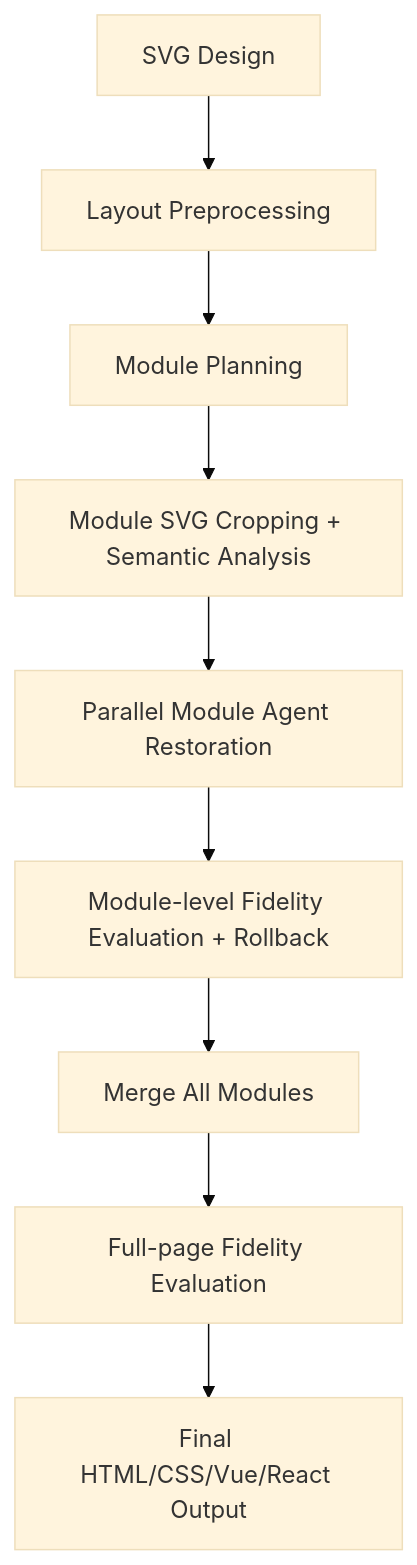
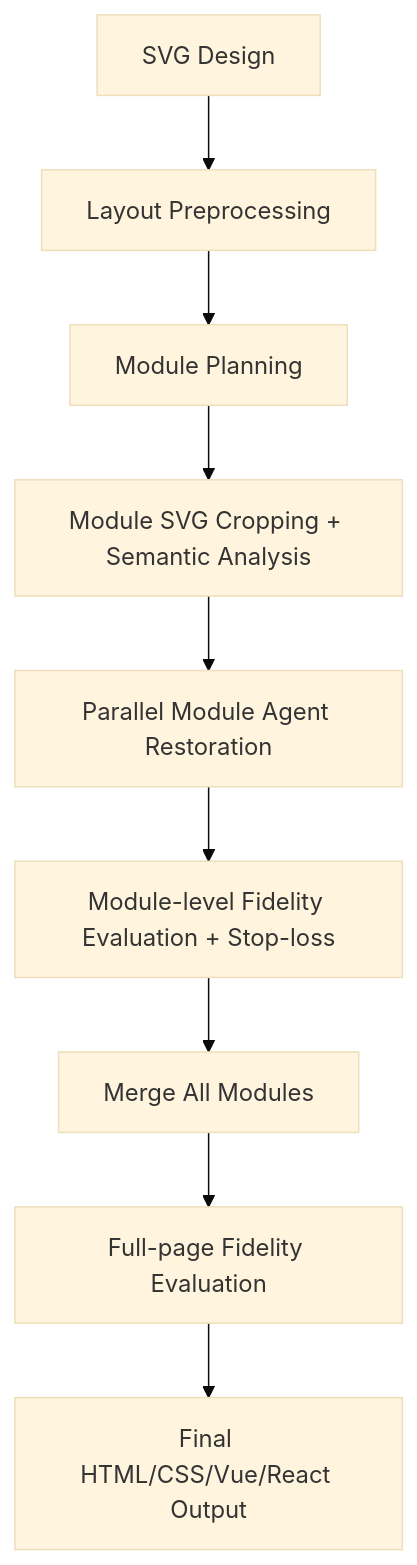
One commit to cnzhhx/svg-to-html changed the diagram in README.en.md. Above: the diagram before and after it, drawn with Mermaid (base theme). The commit also changed other lines of this file and 13 other files, not shown here.

````diff
--- a/README.en.md
+++ b/README.en.md
@@ -158,11 +157,11 @@
 ```mermaid
 flowchart TD
   A[SVG Design] --> B[Layout Preprocessing]
   B --> C[Module Planning]
   C --> D[Module SVG Cropping + Semantic Analysis]
   D --> E[Parallel Module Agent Restoration]
-  E --> F[Module-level Fidelity Evaluation + Rollback]
+  E --> F[Module-level Fidelity Evaluation + Stop-loss]
   F --> G[Merge All Modules]
   G --> H[Full-page Fidelity Evaluation]
   H --> I[Final HTML/CSS/Vue/React Output]
 ```
````
